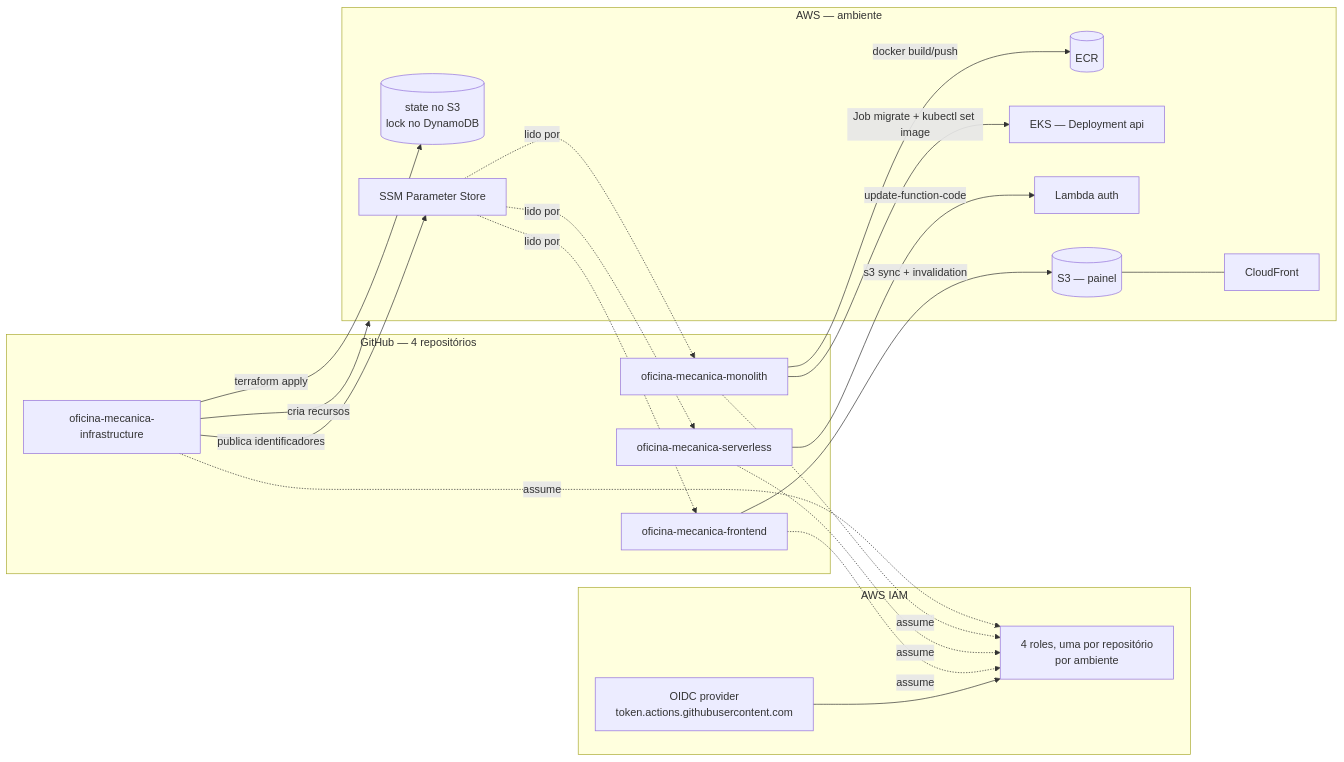
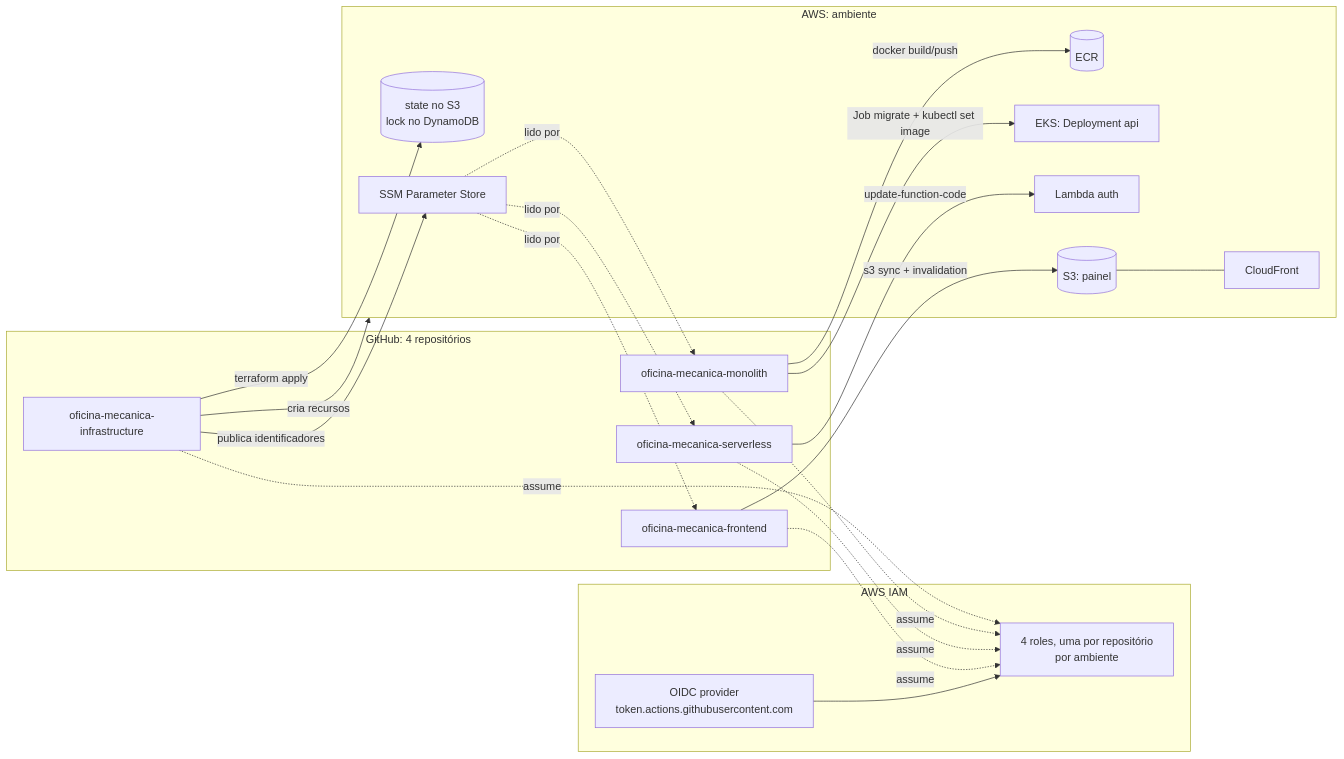
The first of 2 diagrams in docs/diagramas/implantacao.md (SOAT-15-Oficina/oficina-mecanica-infrastructure), drawn with Mermaid before and after one commit. The commit also changed other lines of this file and 23 other files, not shown here.

````diff
--- a/docs/diagramas/implantacao.md
+++ b/docs/diagramas/implantacao.md
@@ -5,44 +8,44 @@
 ```mermaid
 flowchart LR
-    subgraph gh [GitHub — 4 repositórios]
+    subgraph gh [GitHub: 4 repositórios]
         R1[oficina-mecanica-infrastructure]
         R2[oficina-mecanica-monolith]
         R3[oficina-mecanica-serverless]
         R4[oficina-mecanica-frontend]
     end
 
     subgraph iam [AWS IAM]
         OIDC[OIDC provider<br/>token.actions.githubusercontent.com]
         RL[4 roles, uma por repositório<br/>por ambiente]
     end
 
-    subgraph runtime [AWS — ambiente]
+    subgraph runtime [AWS: ambiente]
         TF[(state no S3<br/>lock no DynamoDB)]
         ECR[(ECR)]
-        EKS[EKS — Deployment api]
+        EKS[EKS: Deployment api]
         LMB[Lambda auth]
-        S3F[(S3 — painel)]
+        S3F[(S3: painel)]
         CFD[CloudFront]
         SSMP[SSM Parameter Store]
     end
 
     R1 -->|terraform apply| TF
     R1 -->|cria recursos| runtime
     R1 -->|publica identificadores| SSMP
 
     R2 -->|docker build/push| ECR
     R2 -->|Job migrate + kubectl set image| EKS
     R3 -->|update-function-code| LMB
     R4 -->|s3 sync + invalidation| S3F
     S3F --- CFD
 
     SSMP -.lido por.-> R2
     SSMP -.lido por.-> R3
     SSMP -.lido por.-> R4
 
     R1 -.assume.-> RL
     R2 -.assume.-> RL
     R3 -.assume.-> RL
     R4 -.assume.-> RL
     OIDC --> RL
 ```
````
